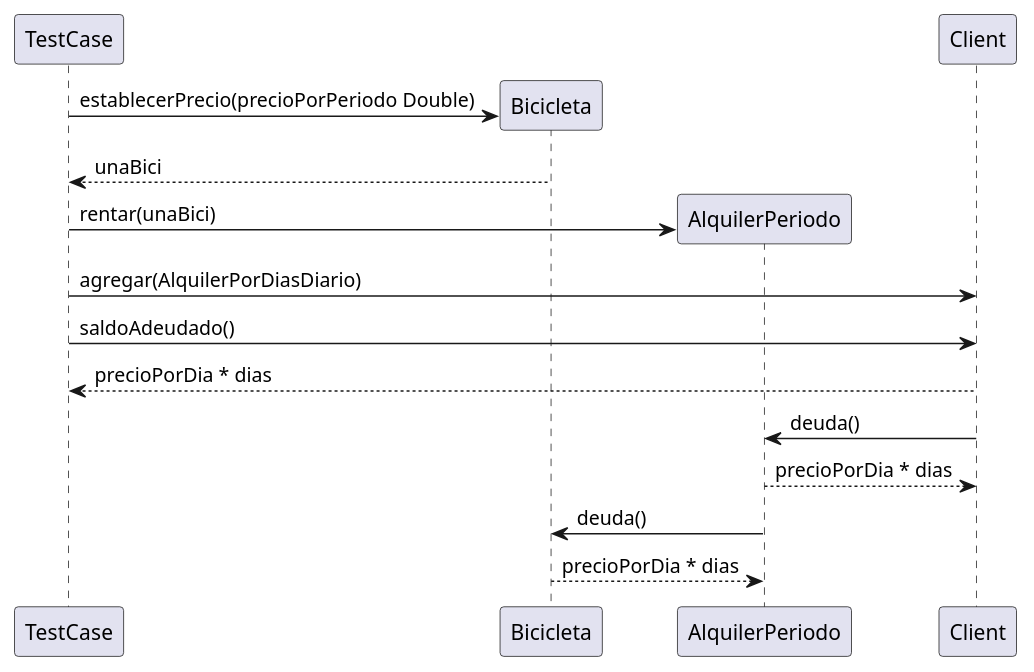
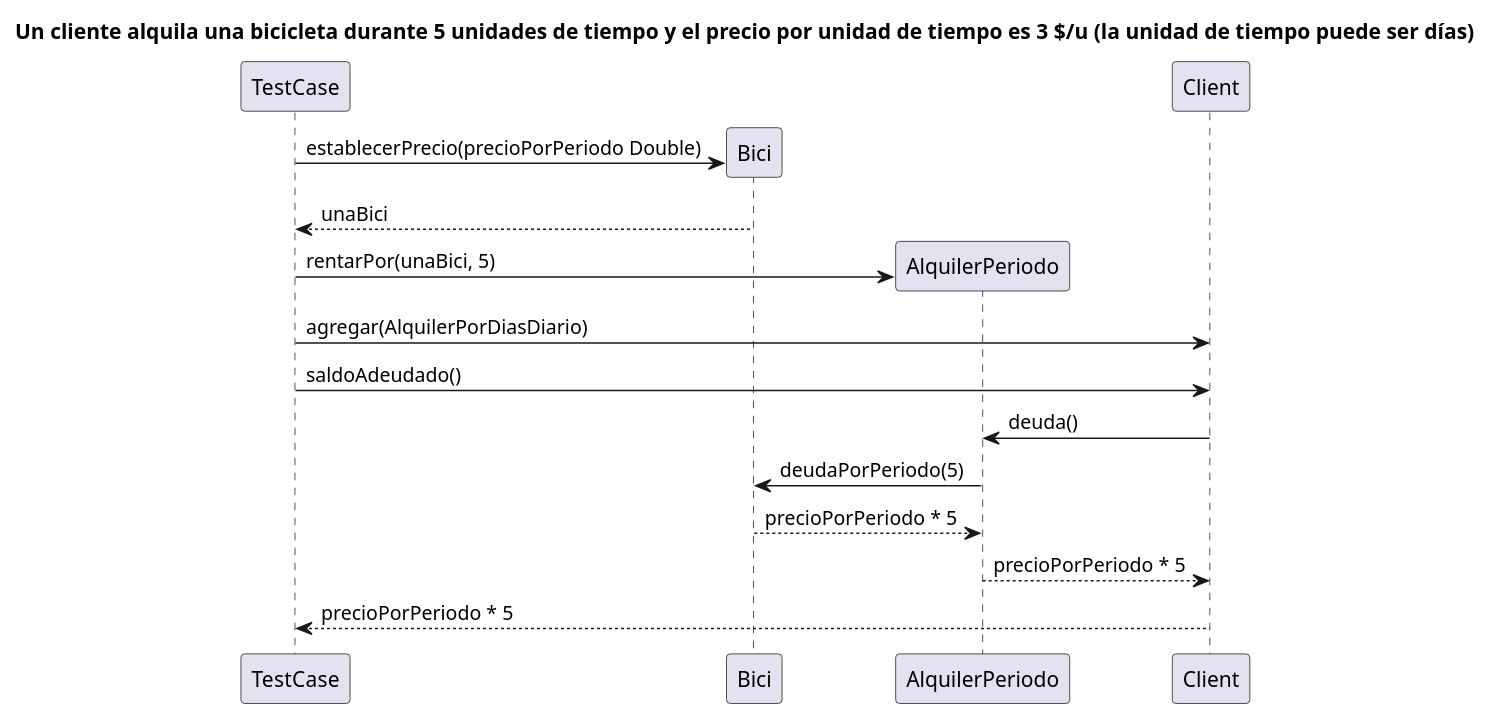
The diagram in media/diagrams/ds_alquiler_por_dias.plantuml (fiuba/algo3_simulacro_tn_alquiler_bici), drawn with PlantUML before and after one commit. The commit also changed 1 other file, not shown here.

Commit message:
Diagramas actualizados

```diff
--- a/media/diagrams/ds_alquiler_por_dias.plantuml
+++ b/media/diagrams/ds_alquiler_por_dias.plantuml
@@ -1,21 +1,23 @@
 @startuml
 
-TestCase -> Bicicleta ** : establecerPrecio(precioPorPeriodo Double)
+title: Un cliente alquila una bicicleta durante 5 unidades de tiempo y el precio por unidad de tiempo es 3 $/u (la unidad de tiempo puede ser días)
+
+TestCase -> Bici ** : establecerPrecio(precioPorPeriodo Double)
 return unaBici
-TestCase -> AlquilerPeriodo ** : rentar(unaBici)
+TestCase -> AlquilerPeriodo ** : rentarPor(unaBici, 5)
 
 TestCase -> Client: agregar(AlquilerPorDiasDiario)
 
 TestCase -> Client: saldoAdeudado()
-return precioPorDia * dias
 
 Client -> AlquilerPeriodo: deuda()
-return precioPorDia * dias
 
+AlquilerPeriodo -> Bici: deudaPorPeriodo(5)
+return precioPorPeriodo * 5
 
-AlquilerPeriodo -> Bicicleta: deuda()
-return precioPorDia * dias
+AlquilerPeriodo --> Client: precioPorPeriodo * 5
+Client --> TestCase: precioPorPeriodo * 5
 
 
 
 @enduml 
```
